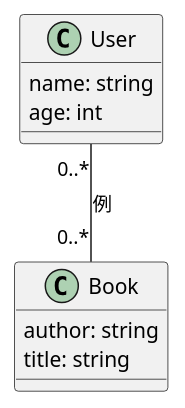
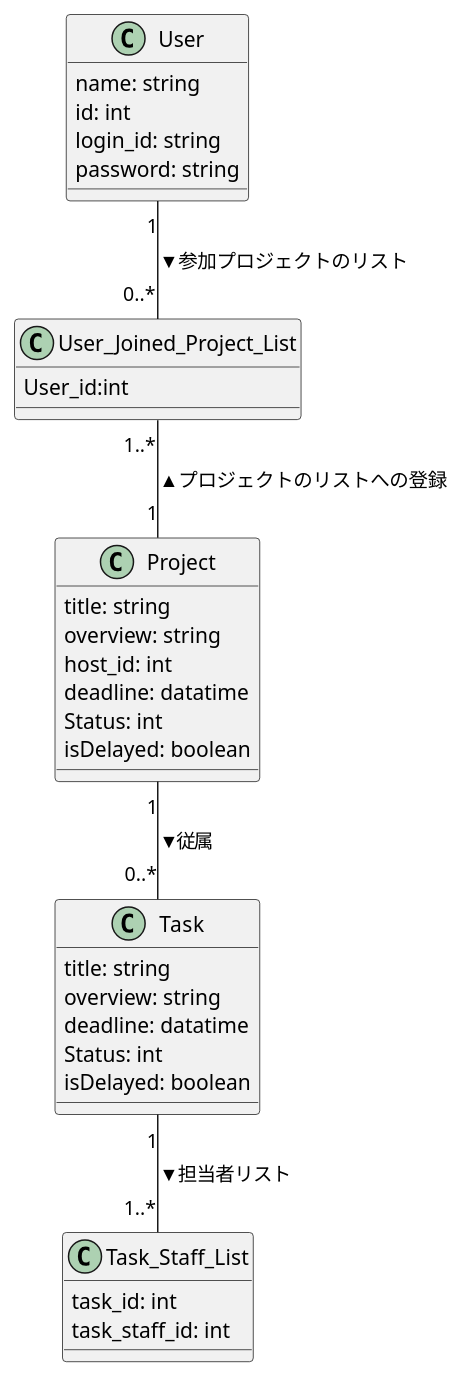
Before and after one commit to sato064/sw2020g1: the diagram in classdia.pu, drawn with PlantUML.

Commit message:
add: classdia.pu
クラス図のとりあえずを作成

```diff
--- a/classdia.pu
+++ b/classdia.pu
@@ -1,19 +1,49 @@
 @startuml
 
 
-' userクラスを定義
+
 class User{
-    name: string 
-    age: int
+    name: string
+    id: int
+    login_id: string
+    password: string
+
     }
 
     
-' Bookクラスを定義 
-class Book{
-    author: string
+
+class Project{
     title: string
+    overview: string
+    host_id: int
+    deadline: datatime
+    Status: int
+    isDelayed: boolean
 }
 
-User "0..*"--"0..*" Book:例
+class Task{
+    title: string
+    overview: string
+    deadline: datatime
+    Status: int
+    isDelayed: boolean
+}
+
+class Task_Staff_List{
+    task_id: int
+    task_staff_id: int
+}
+
+class User_Joined_Project_List{
+    User_id:int
+}
+
+Project "1"--"0..*" Task:▼従属
+Task "1"--"1..*" Task_Staff_List:▼担当者リスト
+User "1"--"0..*" User_Joined_Project_List:▼参加プロジェクトのリスト
+User_Joined_Project_List "1..*"--"1" Project:▲プロジェクトのリストへの登録
+
+
+
 
 @enduml
```
